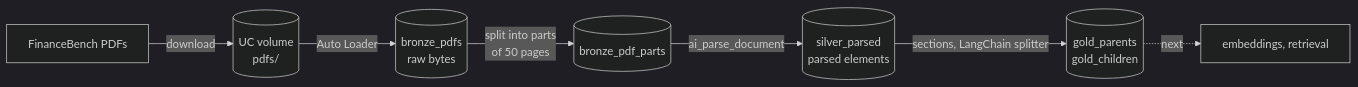
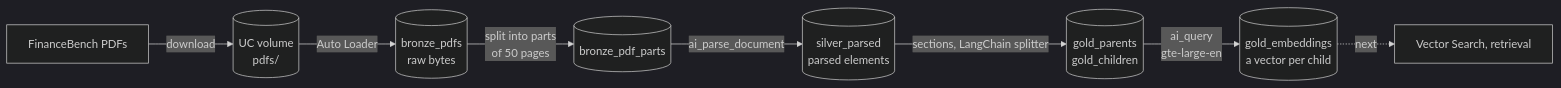
Before and after one commit to SuddhaswattaMaityUK/dbx-finance-bench-rag: the diagram in README.md, drawn with Mermaid (dark theme). The commit also changed other lines of this file and 2 other files, not shown here.

First line of the commit message:
Gold: embed the children with ai_query into gold_embeddings

````diff
--- a/README.md
+++ b/README.md
@@ -9,9 +9,10 @@
 ```mermaid
 flowchart LR
     A[FinanceBench PDFs] -->|download| V[(UC volume<br/>pdfs/)]
     V -->|Auto Loader| B[(bronze_pdfs<br/>raw bytes)]
     B -->|"split into parts<br/>of 50 pages"| T[("bronze_pdf_parts")]
     T -->|"ai_parse_document"| S[("silver_parsed<br/>parsed elements")]
     S -->|"sections, LangChain splitter"| G[("gold_parents<br/>gold_children")]
-    G -.->|next| R["embeddings, retrieval"]
+    G -->|"ai_query<br/>gte-large-en"| E[("gold_embeddings<br/>a vector per child")]
+    E -.->|next| R["Vector Search, retrieval"]
 ```
````
